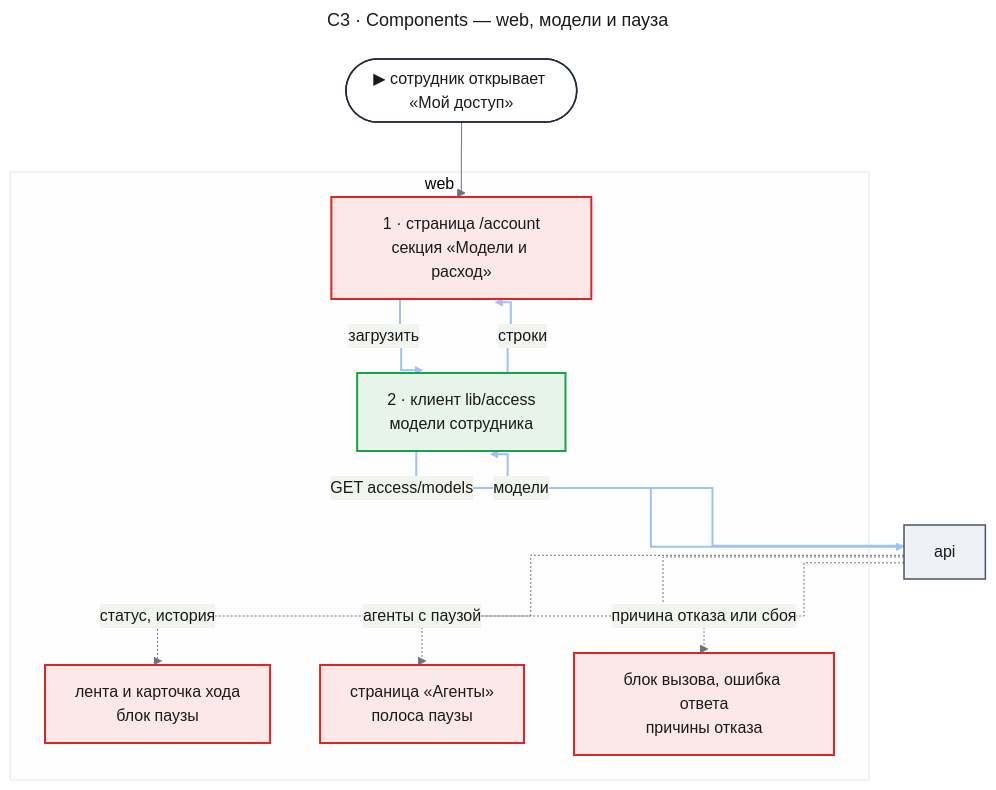
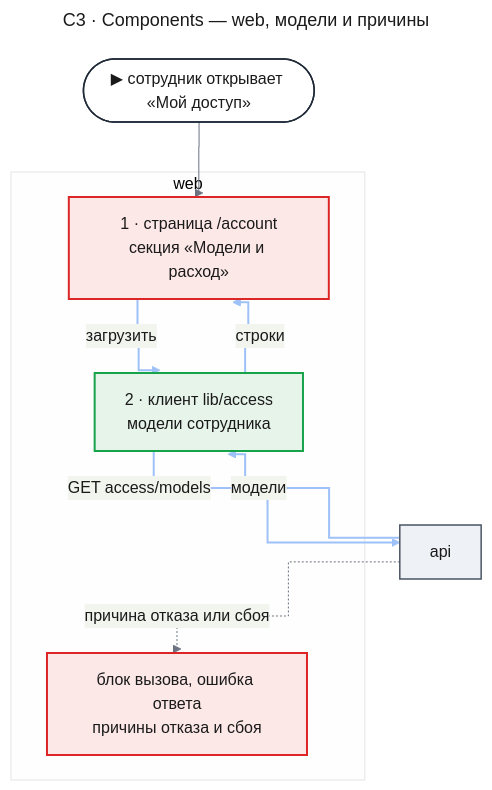
Before and after one commit to tundraray/agent-os: the fourth of 6 diagrams in docs/features/enterprise-access/design-access.md, drawn with Mermaid. The commit also changed other lines of this file and 2 other files, not shown here.

````diff
--- a/docs/features/enterprise-access/design-access.md
+++ b/docs/features/enterprise-access/design-access.md
@@ -454,51 +372,47 @@
 ```mermaid
 ---
-title: "C3 · Components — web, модели и пауза"
+title: "C3 · Components — web, модели и причины"
 config:
   theme: base
   look: classic
   themeVariables:
     primaryColor: "#eef1f5"
     primaryBorderColor: "#4b5563"
     primaryTextColor: "#1a1a1a"
     lineColor: "#6b7280"
   flowchart:
     curve: step
   themeCSS: |
     @keyframes litr_ac3w{0%,22.5%{stroke:#1d4ed8;stroke-width:6px}25%,100%{stroke:#9ec1f7;stroke-width:2px}}
 ---
 flowchart TB
     entry(["▶ сотрудник открывает «Мой доступ»"])
     subgraph web["web"]
         page["1 · страница /account<br/>секция «Модели и расход»"]
         lib["2 · клиент lib/access<br/>модели сотрудника"]
-        feed["лента и карточка хода<br/>блок паузы"]
-        agents["страница «Агенты»<br/>полоса паузы"]
-        refusal["блок вызова, ошибка ответа<br/>причины отказа"]
+        refusal["блок вызова, ошибка ответа<br/>причины отказа и сбоя"]
     end
     api["api"]
     entry --> page
     page e1@-->|"загрузить"| lib
     lib e2@-->|"GET access/models"| api
     api e3@-->|"модели"| lib
     lib e4@-->|"строки"| page
-    api -.->|"статус, история"| feed
-    api -.->|"агенты с паузой"| agents
     api -.->|"причина отказа или сбоя"| refusal
     classDef entry fill:#ffffff,stroke:#1f2937,stroke-width:1.5px,color:#1a1a1a
     classDef changed fill:#fde8e8,stroke:#dc2626,stroke-width:2px,color:#1a1a1a
     classDef new fill:#e6f4ea,stroke:#16a34a,stroke-width:2px,color:#1a1a1a
     classDef unchanged fill:#eef1f5,stroke:#4b5563,stroke-width:1.5px,color:#1a1a1a
     classDef r1 stroke:#9ec1f7,stroke-width:2px,animation:litr_ac3w 4.8s linear 0s infinite
     classDef r2 stroke:#9ec1f7,stroke-width:2px,animation:litr_ac3w 4.8s linear 1.2s infinite
     classDef r3 stroke:#9ec1f7,stroke-width:2px,animation:litr_ac3w 4.8s linear 2.4s infinite
     classDef r4 stroke:#9ec1f7,stroke-width:2px,animation:litr_ac3w 4.8s linear 3.6s infinite
     class entry entry
-    class page,feed,agents,refusal changed
+    class page,refusal changed
     class lib new
     class api unchanged
     class e1 r1
     class e2 r2
     class e3 r3
     class e4 r4
 ```
````
